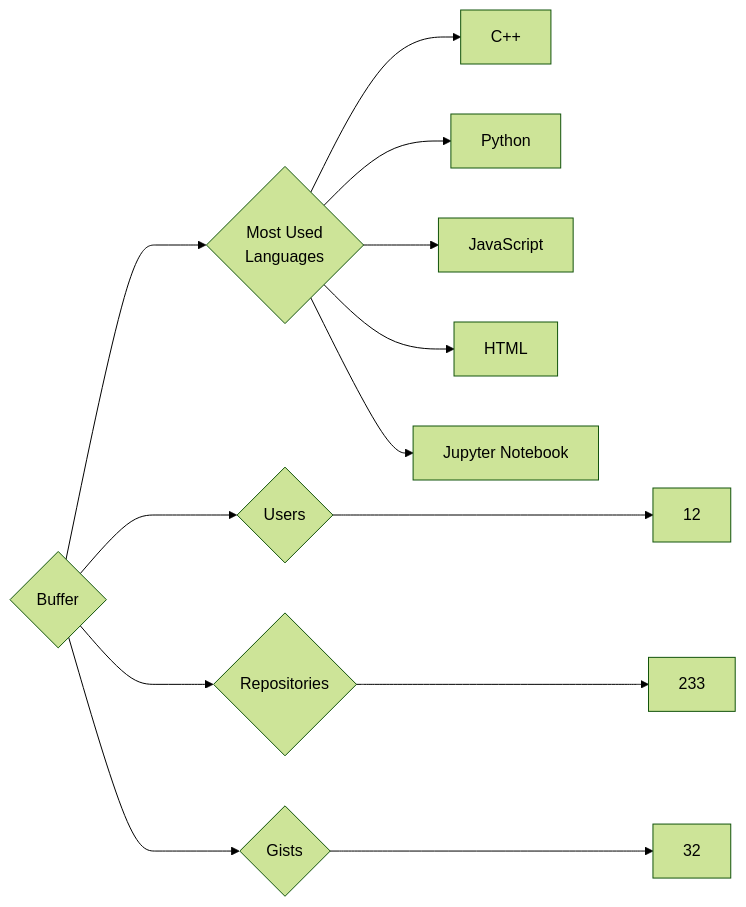
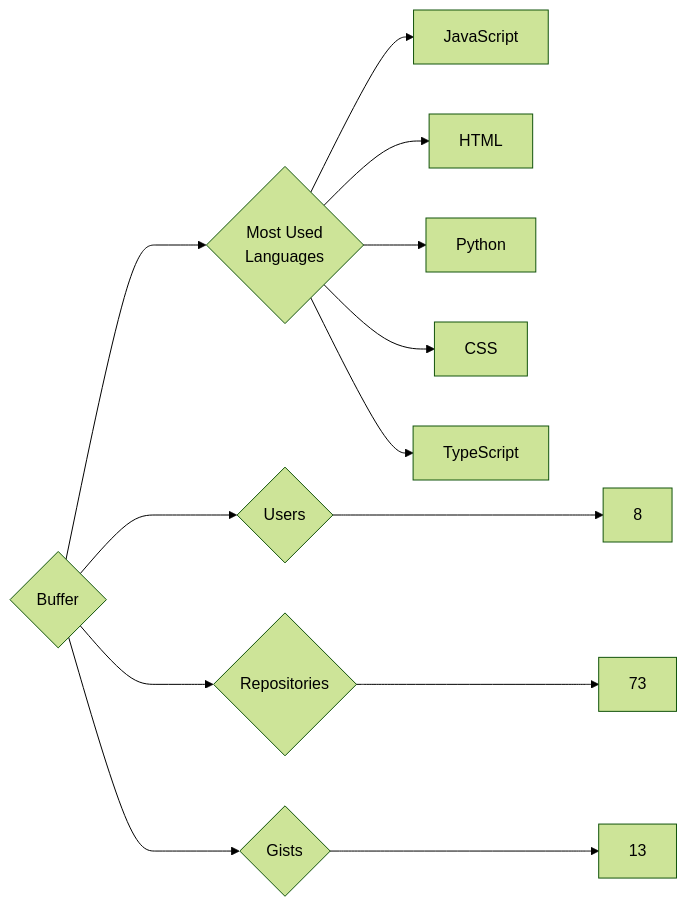
One commit to trickest/insiders changed the diagram in targets/Buffer/README.md. Above: the diagram before and after it, drawn with Mermaid (forest theme). The commit also changed 823 other files, not shown here.

````diff
--- a/targets/Buffer/README.md
+++ b/targets/Buffer/README.md
@@ -3,13 +3,13 @@
 ```mermaid
 graph LR
 COMPANY_NAME{Buffer}
-COMPANY_NAME ---> U{Users} ---> UN[12]
-COMPANY_NAME ---> R{Repositories} ---> RN[233]
-COMPANY_NAME ---> G{Gists} ---> GN[32]
+COMPANY_NAME ---> U{Users} ---> UN[8]
+COMPANY_NAME ---> R{Repositories} ---> RN[73]
+COMPANY_NAME ---> G{Gists} ---> GN[13]
 COMPANY_NAME ---> ML{Most Used<br>Languages}
-ML --> C++[C++]
-ML --> Python[Python]
 ML --> JavaScript[JavaScript]
 ML --> HTML[HTML]
-ML --> Jupyter_Notebook[Jupyter Notebook]
+ML --> Python[Python]
+ML --> CSS[CSS]
+ML --> TypeScript[TypeScript]
 ```
````
